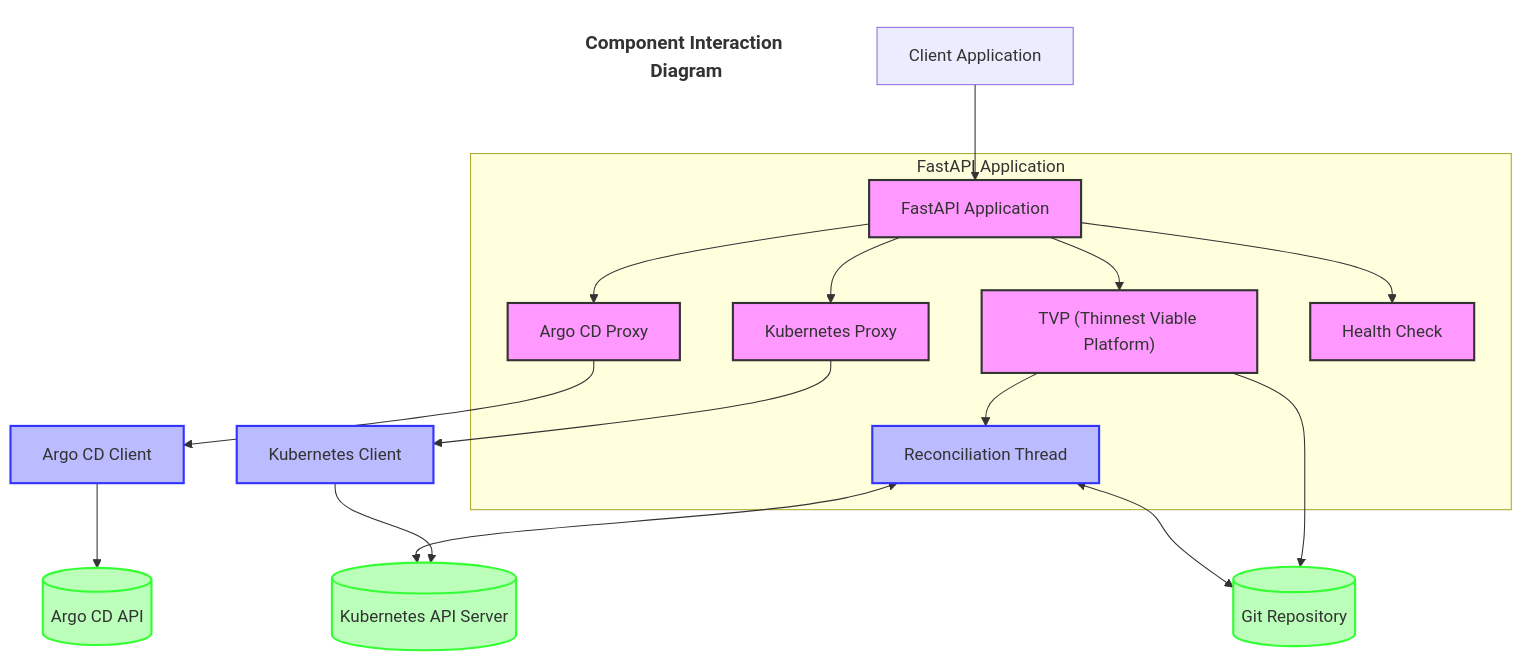
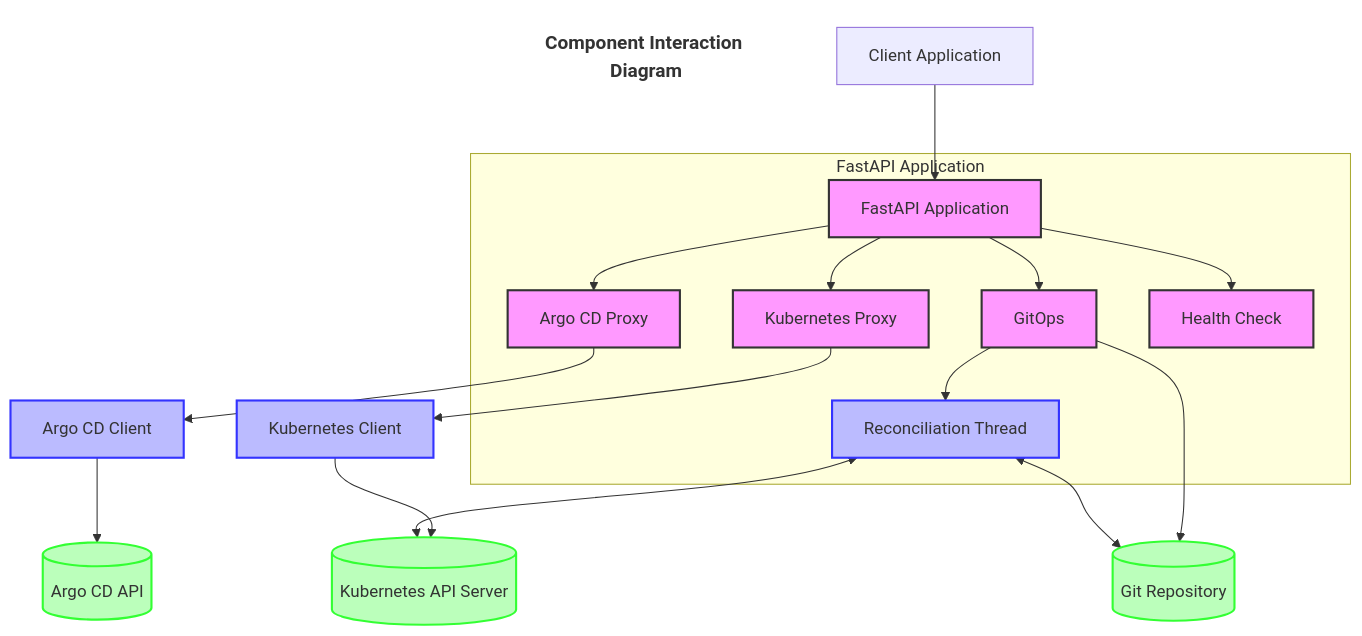
One commit to lloydchang/tvp-k8s changed the diagram in python/mermaid/component-diagram.mermaid. Above: the diagram before and after it, drawn with Mermaid. The commit also changed 15 other files, not shown here.

```diff
--- a/python/mermaid/component-diagram.mermaid
+++ b/python/mermaid/component-diagram.mermaid
@@ -1,29 +1,29 @@
 flowchart TB
     title[Component Interaction Diagram]
     style title fill:none,stroke:none,font-size:18px,font-weight:bold
     Client[Client Application] --> API[FastAPI Application]
     
     subgraph "FastAPI Application"
         API --> KR[Kubernetes Proxy]
         API --> AR[Argo CD Proxy]
-        API --> TR["TVP (Thinnest Viable Platform)"]
+        API --> TR["GitOps"]
         API --> Health[Health Check]
         TR --> RT[Reconciliation Thread]
     end
     
     KR --> KC[Kubernetes Client]
     AR --> AT[Argo CD Client]
     TR --> GitRepo[(Git Repository)]
     
     KC --> Kubernetes[(Kubernetes API Server)]
     AT --> ArgoCD[(Argo CD API)]
     RT <--> GitRepo
     RT <--> Kubernetes
     
     classDef component fill:#f9f,stroke:#333,stroke-width:2px
     classDef api fill:#bbf,stroke:#33f,stroke-width:2px
     classDef external fill:#bfb,stroke:#3f3,stroke-width:2px
     
     class API,KR,AR,TR,Health component
     class KC,AT,RT api
     class Kubernetes,ArgoCD,GitRepo external
```
